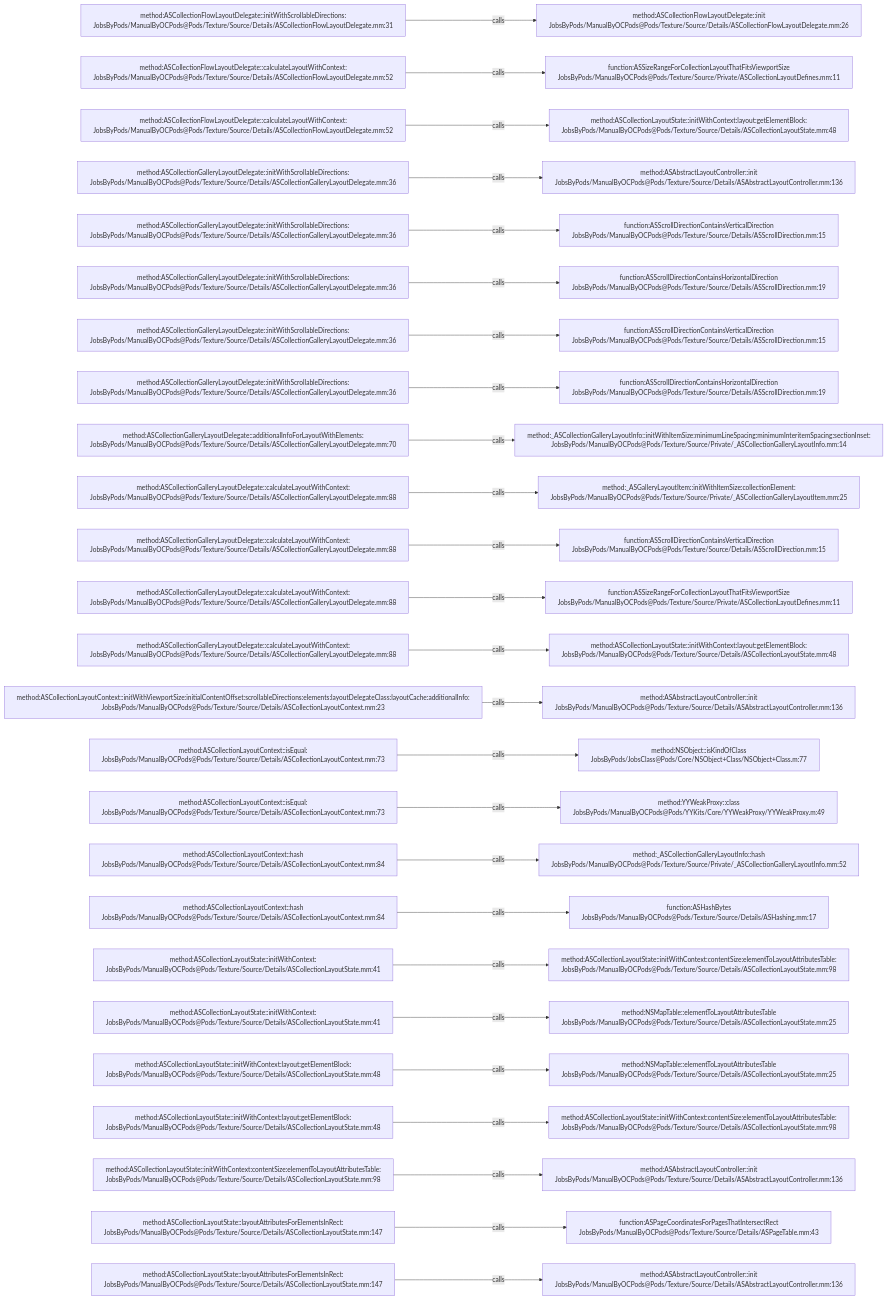
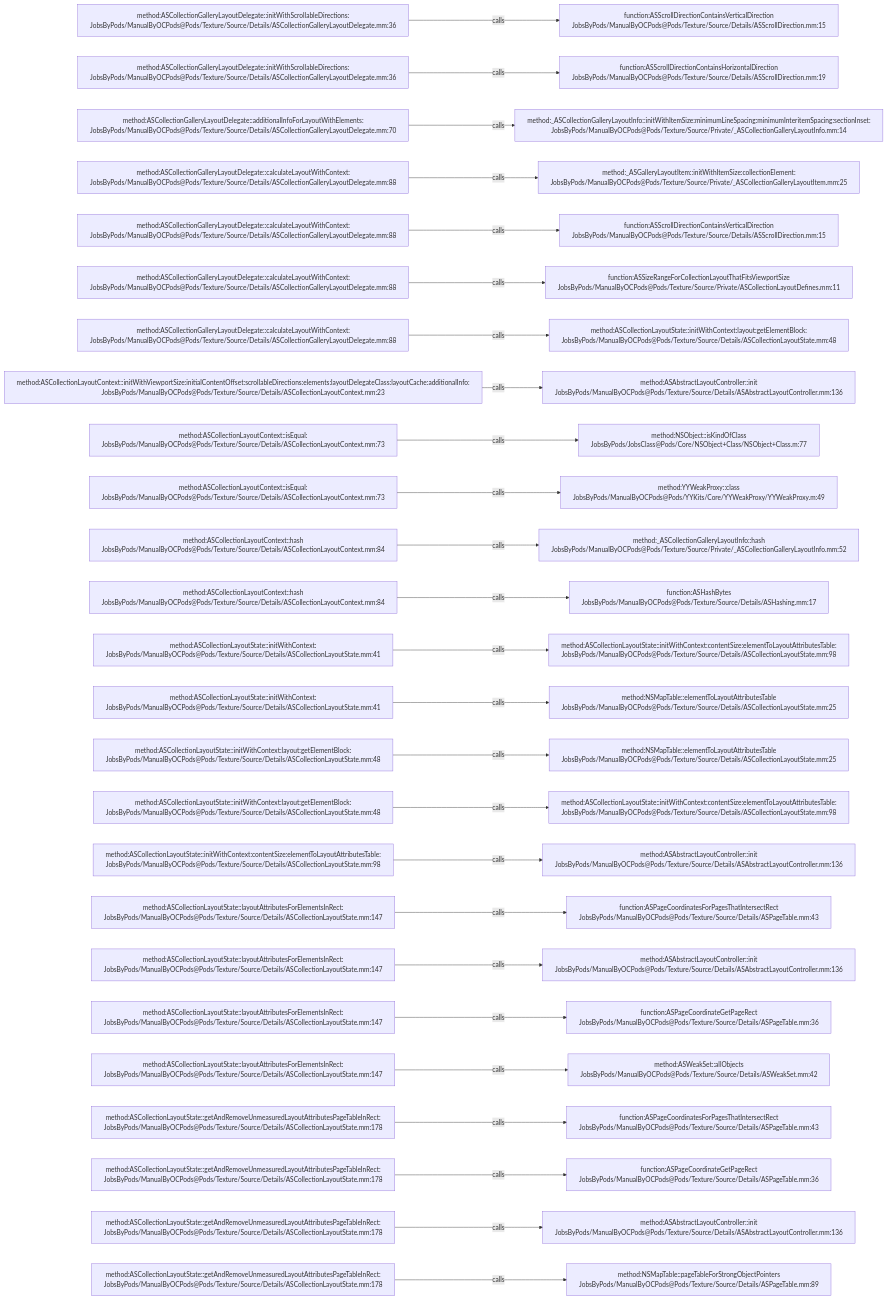
The diagram in .codegraph/codegraph.md/graphs/calls-144.md (JobsKits/JobsOCBaseConfigDemo), drawn with Mermaid before and after one commit. The commit also changed 666 other files, not shown here.

````diff
--- a/.codegraph/codegraph.md/graphs/calls-144.md
+++ b/.codegraph/codegraph.md/graphs/calls-144.md
@@ -13,78 +13,78 @@
 ```mermaid
 flowchart LR
-  S1["method:ASCollectionFlowLayoutDelegate::initWithScrollableDirections:<br/>JobsByPods/ManualByOCPods@Pods/Texture/Source/Details/ASCollectionFlowLayoutDelegate.mm:31"]
-  T1["method:ASCollectionFlowLayoutDelegate::init<br/>JobsByPods/ManualByOCPods@Pods/Texture/Source/Details/ASCollectionFlowLayoutDelegate.mm:26"]
+  S1["method:ASCollectionGalleryLayoutDelegate::initWithScrollableDirections:<br/>JobsByPods/ManualByOCPods@Pods/Texture/Source/Details/ASCollectionGalleryLayoutDelegate.mm:36"]
+  T1["function:ASScrollDirectionContainsVerticalDirection<br/>JobsByPods/ManualByOCPods@Pods/Texture/Source/Details/ASScrollDirection.mm:15"]
   S1 -->|calls| T1
-  S2["method:ASCollectionFlowLayoutDelegate::calculateLayoutWithContext:<br/>JobsByPods/ManualByOCPods@Pods/Texture/Source/Details/ASCollectionFlowLayoutDelegate.mm:52"]
-  T2["function:ASSizeRangeForCollectionLayoutThatFitsViewportSize<br/>JobsByPods/ManualByOCPods@Pods/Texture/Source/Private/ASCollectionLayoutDefines.mm:11"]
+  S2["method:ASCollectionGalleryLayoutDelegate::initWithScrollableDirections:<br/>JobsByPods/ManualByOCPods@Pods/Texture/Source/Details/ASCollectionGalleryLayoutDelegate.mm:36"]
+  T2["function:ASScrollDirectionContainsHorizontalDirection<br/>JobsByPods/ManualByOCPods@Pods/Texture/Source/Details/ASScrollDirection.mm:19"]
   S2 -->|calls| T2
-  S3["method:ASCollectionFlowLayoutDelegate::calculateLayoutWithContext:<br/>JobsByPods/ManualByOCPods@Pods/Texture/Source/Details/ASCollectionFlowLayoutDelegate.mm:52"]
-  T3["method:ASCollectionLayoutState::initWithContext:layout:getElementBlock:<br/>JobsByPods/ManualByOCPods@Pods/Texture/Source/Details/ASCollectionLayoutState.mm:48"]
+  S3["method:ASCollectionGalleryLayoutDelegate::additionalInfoForLayoutWithElements:<br/>JobsByPods/ManualByOCPods@Pods/Texture/Source/Details/ASCollectionGalleryLayoutDelegate.mm:70"]
+  T3["method:_ASCollectionGalleryLayoutInfo::initWithItemSize:minimumLineSpacing:minimumInteritemSpacing:sectionInset:<br/>JobsByPods/ManualByOCPods@Pods/Texture/Source/Private/_ASCollectionGalleryLayoutInfo.mm:14"]
   S3 -->|calls| T3
-  S4["method:ASCollectionGalleryLayoutDelegate::initWithScrollableDirections:<br/>JobsByPods/ManualByOCPods@Pods/Texture/Source/Details/ASCollectionGalleryLayoutDelegate.mm:36"]
-  T4["method:ASAbstractLayoutController::init<br/>JobsByPods/ManualByOCPods@Pods/Texture/Source/Details/ASAbstractLayoutController.mm:136"]
+  S4["method:ASCollectionGalleryLayoutDelegate::calculateLayoutWithContext:<br/>JobsByPods/ManualByOCPods@Pods/Texture/Source/Details/ASCollectionGalleryLayoutDelegate.mm:88"]
+  T4["method:_ASGalleryLayoutItem::initWithItemSize:collectionElement:<br/>JobsByPods/ManualByOCPods@Pods/Texture/Source/Private/_ASCollectionGalleryLayoutItem.mm:25"]
   S4 -->|calls| T4
-  S5["method:ASCollectionGalleryLayoutDelegate::initWithScrollableDirections:<br/>JobsByPods/ManualByOCPods@Pods/Texture/Source/Details/ASCollectionGalleryLayoutDelegate.mm:36"]
+  S5["method:ASCollectionGalleryLayoutDelegate::calculateLayoutWithContext:<br/>JobsByPods/ManualByOCPods@Pods/Texture/Source/Details/ASCollectionGalleryLayoutDelegate.mm:88"]
   T5["function:ASScrollDirectionContainsVerticalDirection<br/>JobsByPods/ManualByOCPods@Pods/Texture/Source/Details/ASScrollDirection.mm:15"]
   S5 -->|calls| T5
-  S6["method:ASCollectionGalleryLayoutDelegate::initWithScrollableDirections:<br/>JobsByPods/ManualByOCPods@Pods/Texture/Source/Details/ASCollectionGalleryLayoutDelegate.mm:36"]
-  T6["function:ASScrollDirectionContainsHorizontalDirection<br/>JobsByPods/ManualByOCPods@Pods/Texture/Source/Details/ASScrollDirection.mm:19"]
+  S6["method:ASCollectionGalleryLayoutDelegate::calculateLayoutWithContext:<br/>JobsByPods/ManualByOCPods@Pods/Texture/Source/Details/ASCollectionGalleryLayoutDelegate.mm:88"]
+  T6["function:ASSizeRangeForCollectionLayoutThatFitsViewportSize<br/>JobsByPods/ManualByOCPods@Pods/Texture/Source/Private/ASCollectionLayoutDefines.mm:11"]
   S6 -->|calls| T6
-  S7["method:ASCollectionGalleryLayoutDelegate::initWithScrollableDirections:<br/>JobsByPods/ManualByOCPods@Pods/Texture/Source/Details/ASCollectionGalleryLayoutDelegate.mm:36"]
-  T7["function:ASScrollDirectionContainsVerticalDirection<br/>JobsByPods/ManualByOCPods@Pods/Texture/Source/Details/ASScrollDirection.mm:15"]
+  S7["method:ASCollectionGalleryLayoutDelegate::calculateLayoutWithContext:<br/>JobsByPods/ManualByOCPods@Pods/Texture/Source/Details/ASCollectionGalleryLayoutDelegate.mm:88"]
+  T7["method:ASCollectionLayoutState::initWithContext:layout:getElementBlock:<br/>JobsByPods/ManualByOCPods@Pods/Texture/Source/Details/ASCollectionLayoutState.mm:48"]
   S7 -->|calls| T7
-  S8["method:ASCollectionGalleryLayoutDelegate::initWithScrollableDirections:<br/>JobsByPods/ManualByOCPods@Pods/Texture/Source/Details/ASCollectionGalleryLayoutDelegate.mm:36"]
-  T8["function:ASScrollDirectionContainsHorizontalDirection<br/>JobsByPods/ManualByOCPods@Pods/Texture/Source/Details/ASScrollDirection.mm:19"]
+  S8["method:ASCollectionLayoutContext::initWithViewportSize:initialContentOffset:scrollableDirections:elements:layoutDelegateClass:layoutCache:additionalInfo:<br/>JobsByPods/ManualByOCPods@Pods/Texture/Source/Details/ASCollectionLayoutContext.mm:23"]
+  T8["method:ASAbstractLayoutController::init<br/>JobsByPods/ManualByOCPods@Pods/Texture/Source/Details/ASAbstractLayoutController.mm:136"]
   S8 -->|calls| T8
-  S9["method:ASCollectionGalleryLayoutDelegate::additionalInfoForLayoutWithElements:<br/>JobsByPods/ManualByOCPods@Pods/Texture/Source/Details/ASCollectionGalleryLayoutDelegate.mm:70"]
-  T9["method:_ASCollectionGalleryLayoutInfo::initWithItemSize:minimumLineSpacing:minimumInteritemSpacing:sectionInset:<br/>JobsByPods/ManualByOCPods@Pods/Texture/Source/Private/_ASCollectionGalleryLayoutInfo.mm:14"]
+  S9["method:ASCollectionLayoutContext::isEqual:<br/>JobsByPods/ManualByOCPods@Pods/Texture/Source/Details/ASCollectionLayoutContext.mm:73"]
+  T9["method:NSObject::isKindOfClass<br/>JobsByPods/JobsClass@Pods/Core/NSObject+Class/NSObject+Class.m:77"]
   S9 -->|calls| T9
-  S10["method:ASCollectionGalleryLayoutDelegate::calculateLayoutWithContext:<br/>JobsByPods/ManualByOCPods@Pods/Texture/Source/Details/ASCollectionGalleryLayoutDelegate.mm:88"]
-  T10["method:_ASGalleryLayoutItem::initWithItemSize:collectionElement:<br/>JobsByPods/ManualByOCPods@Pods/Texture/Source/Private/_ASCollectionGalleryLayoutItem.mm:25"]
+  S10["method:ASCollectionLayoutContext::isEqual:<br/>JobsByPods/ManualByOCPods@Pods/Texture/Source/Details/ASCollectionLayoutContext.mm:73"]
+  T10["method:YYWeakProxy::class<br/>JobsByPods/ManualByOCPods@Pods/YYKits/Core/YYWeakProxy/YYWeakProxy.m:49"]
   S10 -->|calls| T10
-  S11["method:ASCollectionGalleryLayoutDelegate::calculateLayoutWithContext:<br/>JobsByPods/ManualByOCPods@Pods/Texture/Source/Details/ASCollectionGalleryLayoutDelegate.mm:88"]
-  T11["function:ASScrollDirectionContainsVerticalDirection<br/>JobsByPods/ManualByOCPods@Pods/Texture/Source/Details/ASScrollDirection.mm:15"]
+  S11["method:ASCollectionLayoutContext::hash<br/>JobsByPods/ManualByOCPods@Pods/Texture/Source/Details/ASCollectionLayoutContext.mm:84"]
+  T11["method:_ASCollectionGalleryLayoutInfo::hash<br/>JobsByPods/ManualByOCPods@Pods/Texture/Source/Private/_ASCollectionGalleryLayoutInfo.mm:52"]
   S11 -->|calls| T11
-  S12["method:ASCollectionGalleryLayoutDelegate::calculateLayoutWithContext:<br/>JobsByPods/ManualByOCPods@Pods/Texture/Source/Details/ASCollectionGalleryLayoutDelegate.mm:88"]
-  T12["function:ASSizeRangeForCollectionLayoutThatFitsViewportSize<br/>JobsByPods/ManualByOCPods@Pods/Texture/Source/Private/ASCollectionLayoutDefines.mm:11"]
+  S12["method:ASCollectionLayoutContext::hash<br/>JobsByPods/ManualByOCPods@Pods/Texture/Source/Details/ASCollectionLayoutContext.mm:84"]
+  T12["function:ASHashBytes<br/>JobsByPods/ManualByOCPods@Pods/Texture/Source/Details/ASHashing.mm:17"]
   S12 -->|calls| T12
-  S13["method:ASCollectionGalleryLayoutDelegate::calculateLayoutWithContext:<br/>JobsByPods/ManualByOCPods@Pods/Texture/Source/Details/ASCollectionGalleryLayoutDelegate.mm:88"]
-  T13["method:ASCollectionLayoutState::initWithContext:layout:getElementBlock:<br/>JobsByPods/ManualByOCPods@Pods/Texture/Source/Details/ASCollectionLayoutState.mm:48"]
+  S13["method:ASCollectionLayoutState::initWithContext:<br/>JobsByPods/ManualByOCPods@Pods/Texture/Source/Details/ASCollectionLayoutState.mm:41"]
+  T13["method:ASCollectionLayoutState::initWithContext:contentSize:elementToLayoutAttributesTable:<br/>JobsByPods/ManualByOCPods@Pods/Texture/Source/Details/ASCollectionLayoutState.mm:98"]
   S13 -->|calls| T13
-  S14["method:ASCollectionLayoutContext::initWithViewportSize:initialContentOffset:scrollableDirections:elements:layoutDelegateClass:layoutCache:additionalInfo:<br/>JobsByPods/ManualByOCPods@Pods/Texture/Source/Details/ASCollectionLayoutContext.mm:23"]
-  T14["method:ASAbstractLayoutController::init<br/>JobsByPods/ManualByOCPods@Pods/Texture/Source/Details/ASAbstractLayoutController.mm:136"]
+  S14["method:ASCollectionLayoutState::initWithContext:<br/>JobsByPods/ManualByOCPods@Pods/Texture/Source/Details/ASCollectionLayoutState.mm:41"]
+  T14["method:NSMapTable::elementToLayoutAttributesTable<br/>JobsByPods/ManualByOCPods@Pods/Texture/Source/Details/ASCollectionLayoutState.mm:25"]
   S14 -->|calls| T14
-  S15["method:ASCollectionLayoutContext::isEqual:<br/>JobsByPods/ManualByOCPods@Pods/Texture/Source/Details/ASCollectionLayoutContext.mm:73"]
-  T15["method:NSObject::isKindOfClass<br/>JobsByPods/JobsClass@Pods/Core/NSObject+Class/NSObject+Class.m:77"]
+  S15["method:ASCollectionLayoutState::initWithContext:layout:getElementBlock:<br/>JobsByPods/ManualByOCPods@Pods/Texture/Source/Details/ASCollectionLayoutState.mm:48"]
+  T15["method:NSMapTable::elementToLayoutAttributesTable<br/>JobsByPods/ManualByOCPods@Pods/Texture/Source/Details/ASCollectionLayoutState.mm:25"]
   S15 -->|calls| T15
-  S16["method:ASCollectionLayoutContext::isEqual:<br/>JobsByPods/ManualByOCPods@Pods/Texture/Source/Details/ASCollectionLayoutContext.mm:73"]
-  T16["method:YYWeakProxy::class<br/>JobsByPods/ManualByOCPods@Pods/YYKits/Core/YYWeakProxy/YYWeakProxy.m:49"]
+  S16["method:ASCollectionLayoutState::initWithContext:layout:getElementBlock:<br/>JobsByPods/ManualByOCPods@Pods/Texture/Source/Details/ASCollectionLayoutState.mm:48"]
+  T16["method:ASCollectionLayoutState::initWithContext:contentSize:elementToLayoutAttributesTable:<br/>JobsByPods/ManualByOCPods@Pods/Texture/Source/Details/ASCollectionLayoutState.mm:98"]
   S16 -->|calls| T16
-  S17["method:ASCollectionLayoutContext::hash<br/>JobsByPods/ManualByOCPods@Pods/Texture/Source/Details/ASCollectionLayoutContext.mm:84"]
-  T17["method:_ASCollectionGalleryLayoutInfo::hash<br/>JobsByPods/ManualByOCPods@Pods/Texture/Source/Private/_ASCollectionGalleryLayoutInfo.mm:52"]
+  S17["method:ASCollectionLayoutState::initWithContext:contentSize:elementToLayoutAttributesTable:<br/>JobsByPods/ManualByOCPods@Pods/Texture/Source/Details/ASCollectionLayoutState.mm:98"]
+  T17["method:ASAbstractLayoutController::init<br/>JobsByPods/ManualByOCPods@Pods/Texture/Source/Details/ASAbstractLayoutController.mm:136"]
   S17 -->|calls| T17
-  S18["method:ASCollectionLayoutContext::hash<br/>JobsByPods/ManualByOCPods@Pods/Texture/Source/Details/ASCollectionLayoutContext.mm:84"]
-  T18["function:ASHashBytes<br/>JobsByPods/ManualByOCPods@Pods/Texture/Source/Details/ASHashing.mm:17"]
+  S18["method:ASCollectionLayoutState::layoutAttributesForElementsInRect:<br/>JobsByPods/ManualByOCPods@Pods/Texture/Source/Details/ASCollectionLayoutState.mm:147"]
+  T18["function:ASPageCoordinatesForPagesThatIntersectRect<br/>JobsByPods/ManualByOCPods@Pods/Texture/Source/Details/ASPageTable.mm:43"]
   S18 -->|calls| T18
-  S19["method:ASCollectionLayoutState::initWithContext:<br/>JobsByPods/ManualByOCPods@Pods/Texture/Source/Details/ASCollectionLayoutState.mm:41"]
-  T19["method:ASCollectionLayoutState::initWithContext:contentSize:elementToLayoutAttributesTable:<br/>JobsByPods/ManualByOCPods@Pods/Texture/Source/Details/ASCollectionLayoutState.mm:98"]
+  S19["method:ASCollectionLayoutState::layoutAttributesForElementsInRect:<br/>JobsByPods/ManualByOCPods@Pods/Texture/Source/Details/ASCollectionLayoutState.mm:147"]
+  T19["method:ASAbstractLayoutController::init<br/>JobsByPods/ManualByOCPods@Pods/Texture/Source/Details/ASAbstractLayoutController.mm:136"]
   S19 -->|calls| T19
-  S20["method:ASCollectionLayoutState::initWithContext:<br/>JobsByPods/ManualByOCPods@Pods/Texture/Source/Details/ASCollectionLayoutState.mm:41"]
-  T20["method:NSMapTable::elementToLayoutAttributesTable<br/>JobsByPods/ManualByOCPods@Pods/Texture/Source/Details/ASCollectionLayoutState.mm:25"]
+  S20["method:ASCollectionLayoutState::layoutAttributesForElementsInRect:<br/>JobsByPods/ManualByOCPods@Pods/Texture/Source/Details/ASCollectionLayoutState.mm:147"]
+  T20["function:ASPageCoordinateGetPageRect<br/>JobsByPods/ManualByOCPods@Pods/Texture/Source/Details/ASPageTable.mm:36"]
   S20 -->|calls| T20
-  S21["method:ASCollectionLayoutState::initWithContext:layout:getElementBlock:<br/>JobsByPods/ManualByOCPods@Pods/Texture/Source/Details/ASCollectionLayoutState.mm:48"]
-  T21["method:NSMapTable::elementToLayoutAttributesTable<br/>JobsByPods/ManualByOCPods@Pods/Texture/Source/Details/ASCollectionLayoutState.mm:25"]
+  S21["method:ASCollectionLayoutState::layoutAttributesForElementsInRect:<br/>JobsByPods/ManualByOCPods@Pods/Texture/Source/Details/ASCollectionLayoutState.mm:147"]
+  T21["method:ASWeakSet::allObjects<br/>JobsByPods/ManualByOCPods@Pods/Texture/Source/Details/ASWeakSet.mm:42"]
   S21 -->|calls| T21
-  S22["method:ASCollectionLayoutState::initWithContext:layout:getElementBlock:<br/>JobsByPods/ManualByOCPods@Pods/Texture/Source/Details/ASCollectionLayoutState.mm:48"]
-  T22["method:ASCollectionLayoutState::initWithContext:contentSize:elementToLayoutAttributesTable:<br/>JobsByPods/ManualByOCPods@Pods/Texture/Source/Details/ASCollectionLayoutState.mm:98"]
+  S22["method:ASCollectionLayoutState::getAndRemoveUnmeasuredLayoutAttributesPageTableInRect:<br/>JobsByPods/ManualByOCPods@Pods/Texture/Source/Details/ASCollectionLayoutState.mm:178"]
+  T22["function:ASPageCoordinatesForPagesThatIntersectRect<br/>JobsByPods/ManualByOCPods@Pods/Texture/Source/Details/ASPageTable.mm:43"]
   S22 -->|calls| T22
-  S23["method:ASCollectionLayoutState::initWithContext:contentSize:elementToLayoutAttributesTable:<br/>JobsByPods/ManualByOCPods@Pods/Texture/Source/Details/ASCollectionLayoutState.mm:98"]
-  T23["method:ASAbstractLayoutController::init<br/>JobsByPods/ManualByOCPods@Pods/Texture/Source/Details/ASAbstractLayoutController.mm:136"]
+  S23["method:ASCollectionLayoutState::getAndRemoveUnmeasuredLayoutAttributesPageTableInRect:<br/>JobsByPods/ManualByOCPods@Pods/Texture/Source/Details/ASCollectionLayoutState.mm:178"]
+  T23["function:ASPageCoordinateGetPageRect<br/>JobsByPods/ManualByOCPods@Pods/Texture/Source/Details/ASPageTable.mm:36"]
   S23 -->|calls| T23
-  S24["method:ASCollectionLayoutState::layoutAttributesForElementsInRect:<br/>JobsByPods/ManualByOCPods@Pods/Texture/Source/Details/ASCollectionLayoutState.mm:147"]
-  T24["function:ASPageCoordinatesForPagesThatIntersectRect<br/>JobsByPods/ManualByOCPods@Pods/Texture/Source/Details/ASPageTable.mm:43"]
+  S24["method:ASCollectionLayoutState::getAndRemoveUnmeasuredLayoutAttributesPageTableInRect:<br/>JobsByPods/ManualByOCPods@Pods/Texture/Source/Details/ASCollectionLayoutState.mm:178"]
+  T24["method:ASAbstractLayoutController::init<br/>JobsByPods/ManualByOCPods@Pods/Texture/Source/Details/ASAbstractLayoutController.mm:136"]
   S24 -->|calls| T24
-  S25["method:ASCollectionLayoutState::layoutAttributesForElementsInRect:<br/>JobsByPods/ManualByOCPods@Pods/Texture/Source/Details/ASCollectionLayoutState.mm:147"]
-  T25["method:ASAbstractLayoutController::init<br/>JobsByPods/ManualByOCPods@Pods/Texture/Source/Details/ASAbstractLayoutController.mm:136"]
+  S25["method:ASCollectionLayoutState::getAndRemoveUnmeasuredLayoutAttributesPageTableInRect:<br/>JobsByPods/ManualByOCPods@Pods/Texture/Source/Details/ASCollectionLayoutState.mm:178"]
+  T25["method:NSMapTable::pageTableForStrongObjectPointers<br/>JobsByPods/ManualByOCPods@Pods/Texture/Source/Details/ASPageTable.mm:89"]
   S25 -->|calls| T25
 ```
````
